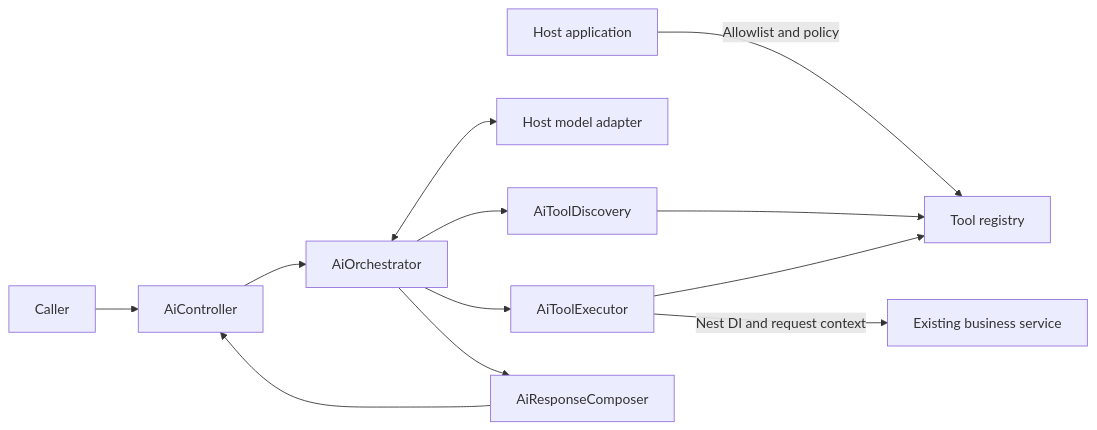
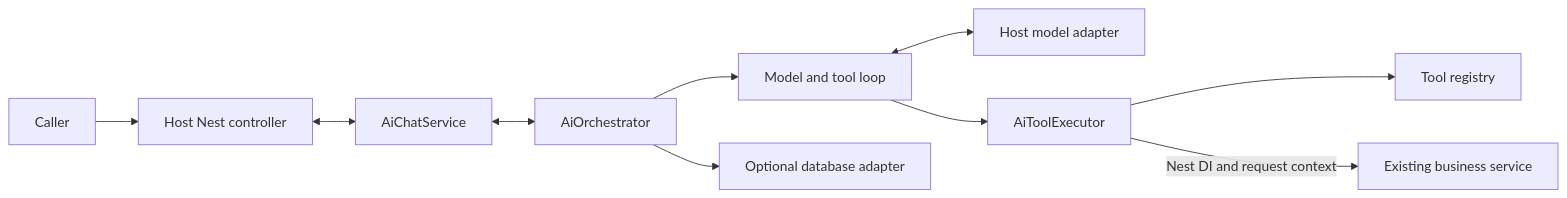
One commit to smthspecial/nest-ai-middleware changed the diagram in .spec/technical/arch/arch-001.md. Above: the diagram before and after it, drawn with Mermaid. The commit also changed other lines of this file and 136 other files, not shown here.

````diff
--- a/.spec/technical/arch/arch-001.md
+++ b/.spec/technical/arch/arch-001.md
@@ -28,14 +27,12 @@
 ```mermaid
 flowchart LR
-    Host[Host application] -->|Allowlist and policy| Registry[Tool registry]
-    Caller --> Controller[AiController]
-    Controller --> Orchestrator[AiOrchestrator]
-    Orchestrator <--> Model[Host model adapter]
-    Orchestrator --> Discovery[AiToolDiscovery]
-    Discovery --> Registry
-    Orchestrator --> Executor[AiToolExecutor]
-    Executor --> Registry
+    Caller --> Controller[Host Nest controller]
+    Controller <--> Chat[AiChatService]
+    Chat <--> Orchestrator[AiOrchestrator]
+    Orchestrator --> Answer[Model and tool loop]
+    Orchestrator --> Storage[Optional database adapter]
+    Answer <--> Model[Host model adapter]
+    Answer --> Executor[AiToolExecutor]
+    Executor --> Registry[Tool registry]
     Executor -->|Nest DI and request context| Service[Existing business service]
-    Orchestrator --> Composer[AiResponseComposer]
-    Composer --> Controller
 ```
````
